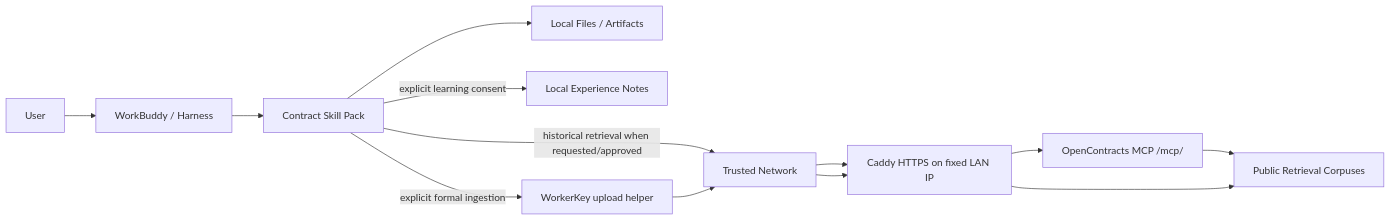
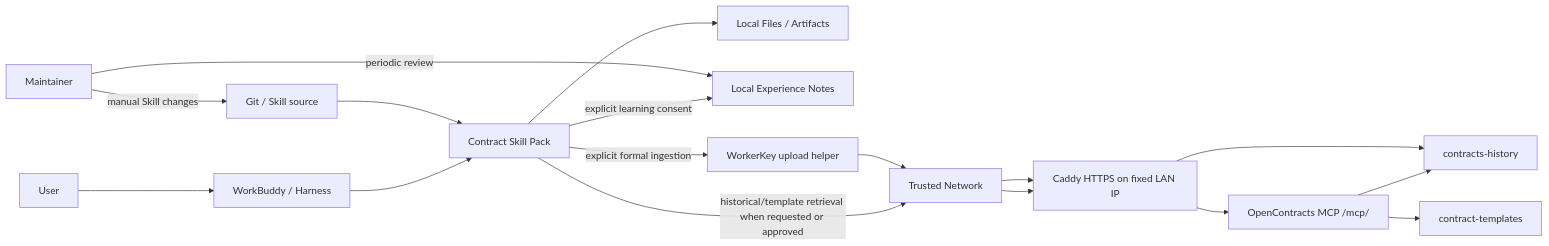
One commit to Ri0n72Y/ContractBotConfig changed the diagram in docs/architecture/system-context.md. Above: the diagram before and after it, drawn with Mermaid. The commit also changed other lines of this file and 16 other files, not shown here.

Commit message:
refactor: remove knowledge corpus and document C4 architecture

````diff
--- a/docs/architecture/system-context.md
+++ b/docs/architecture/system-context.md
@@ -11,19 +11,26 @@
 ```mermaid
 flowchart LR
     U[User]
     H[WorkBuddy / Harness]
     S[Contract Skill Pack]
     L[Local Files / Artifacts]
     E[Local Experience Notes]
     N[Trusted Network]
     C[Caddy HTTPS on fixed LAN IP]
     M[OpenContracts MCP /mcp/]
-    R[Public Retrieval Corpuses]
+    RH[contracts-history]
+    RT[contract-templates]
     W[WorkerKey upload helper]
+    MT[Maintainer]
+    G[Git / Skill source]
 
     U --> H --> S
     S --> L
-    S -->|historical retrieval when requested/approved| N --> C --> M --> R
-    S -->|explicit formal ingestion| W --> N --> C --> R
+    S -->|historical/template retrieval when requested or approved| N --> C --> M
+    M --> RH
+    M --> RT
+    S -->|explicit formal ingestion| W --> N --> C --> RH
     S -->|explicit learning consent| E
+    MT -->|periodic review| E
+    MT -->|manual Skill changes| G --> S
 ```
````
